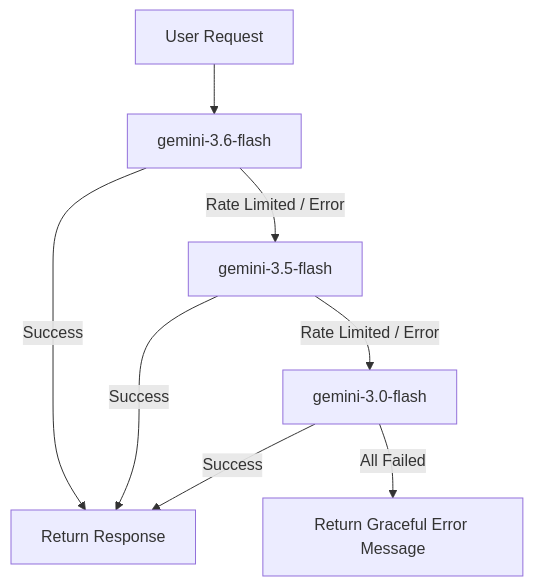
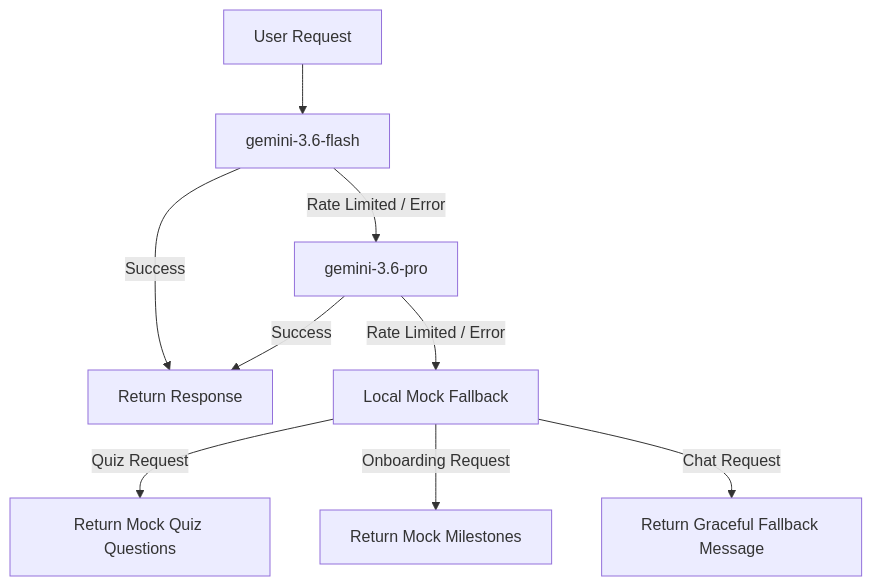
Before and after one commit to krrish-cypto/learnsync-ai: the fifth of 7 diagrams in README.md, drawn with Mermaid. The commit also changed other lines of this file, not shown here.

Commit message:
Overhaul README with all new features: Quiz, PDF Export, Voice Input, Profile, Landing Page

````diff
--- a/README.md
+++ b/README.md
@@ -206,10 +272,11 @@
 ```mermaid
 flowchart TD
     A[User Request] --> B[gemini-3.6-flash]
-    B -->|Success| C[Return Response]
-    B -->|Rate Limited / Error| D[gemini-3.5-flash]
-    D -->|Success| C
-    D -->|Rate Limited / Error| E[gemini-3.0-flash]
-    E -->|Success| C
-    E -->|All Failed| F[Return Graceful Error Message]
+    B --> |Success| C[Return Response]
+    B --> |Rate Limited / Error| D[gemini-3.6-pro]
+    D --> |Success| C
+    D --> |Rate Limited / Error| E[Local Mock Fallback]
+    E --> |Quiz Request| F[Return Mock Quiz Questions]
+    E --> |Onboarding Request| G[Return Mock Milestones]
+    E --> |Chat Request| H[Return Graceful Fallback Message]
 ```
````
